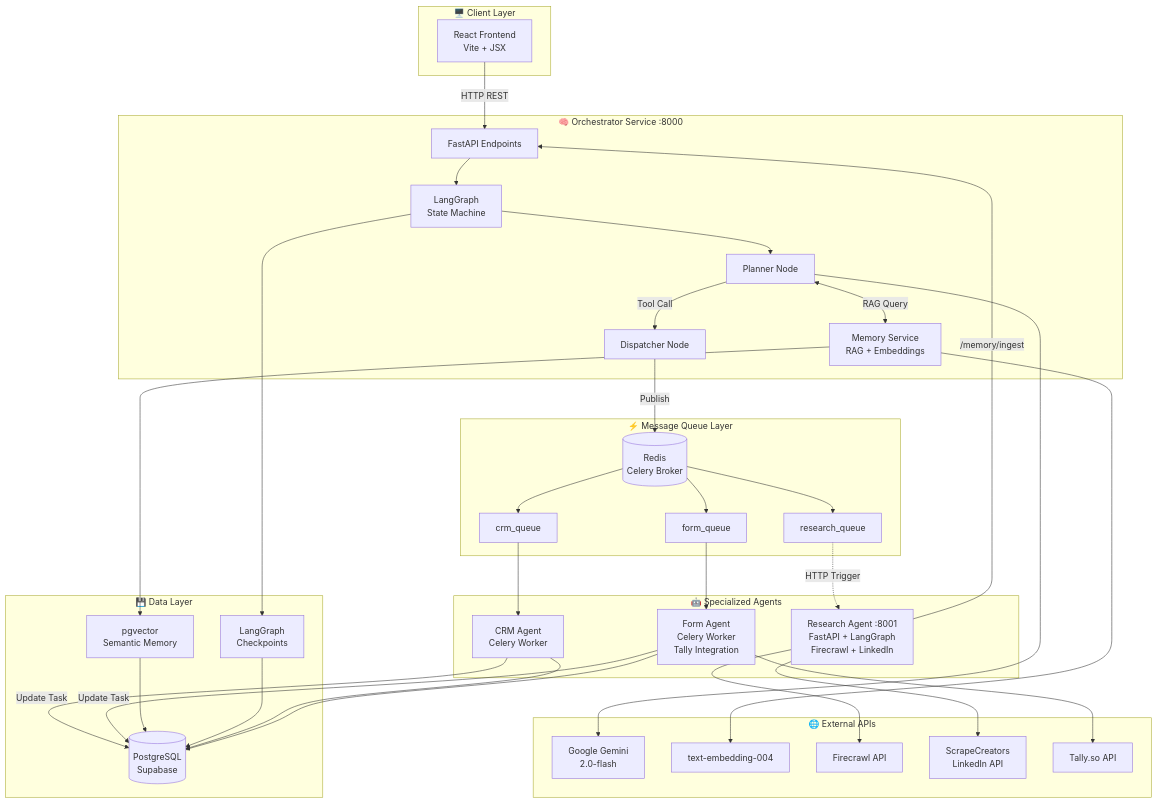
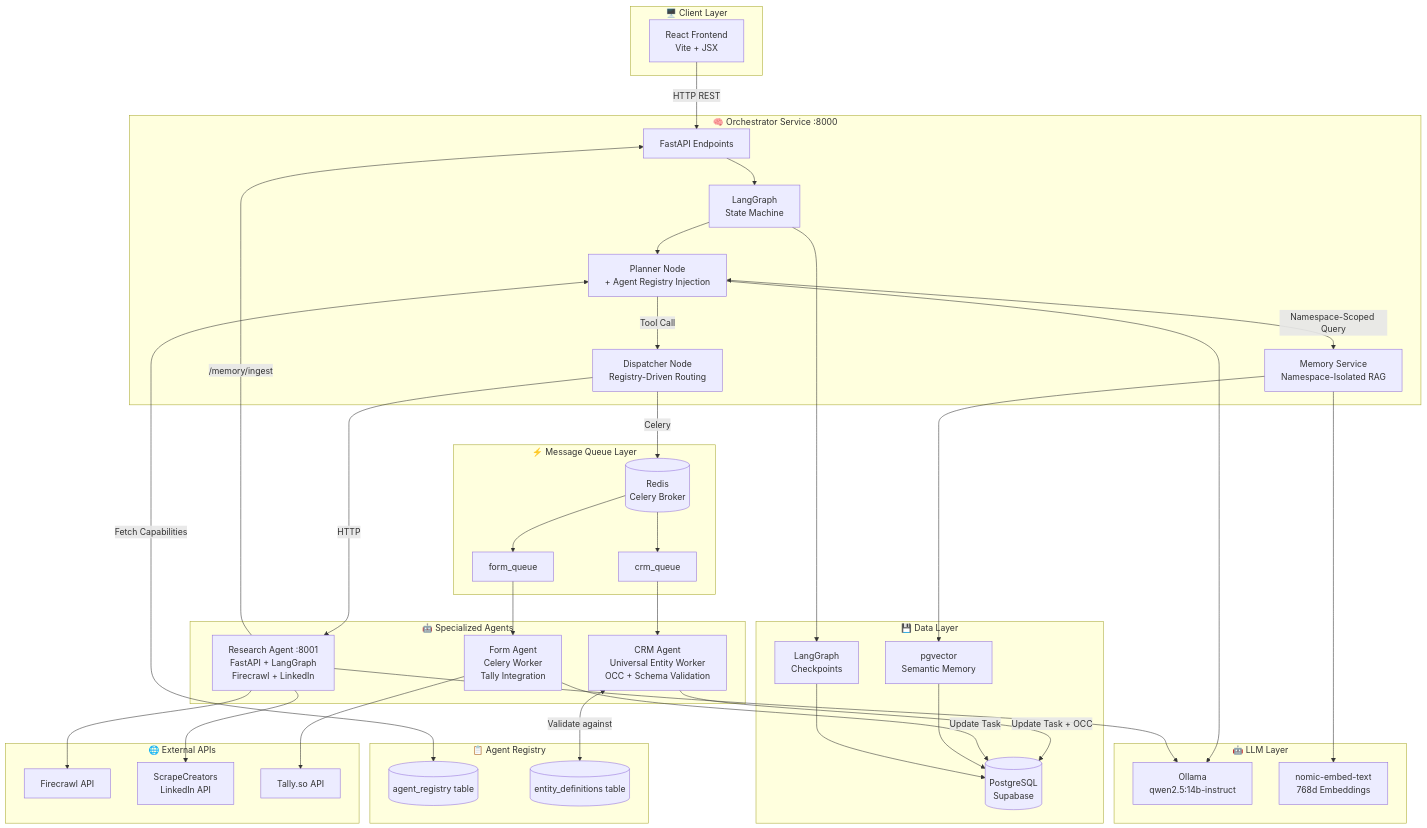
One commit to Tejachennuru/krastix changed the diagram in ARCHITECTURE.md. Above: the diagram before and after it, drawn with Mermaid. The commit also changed other lines of this file and 25 other files, not shown here.

```diff
--- a/ARCHITECTURE.md
+++ b/ARCHITECTURE.md
@@ -20,20 +20,24 @@
     subgraph BRAIN["🧠 Orchestrator Service :8000"]
         API[FastAPI Endpoints]
         GRAPH[LangGraph<br/>State Machine]
-        PLANNER[Planner Node]
-        DISPATCHER[Dispatcher Node]
-        MEMORY[Memory Service<br/>RAG + Embeddings]
+        PLANNER[Planner Node<br/>+ Agent Registry Injection]
+        DISPATCHER[Dispatcher Node<br/>Registry-Driven Routing]
+        MEMORY[Memory Service<br/>Namespace-Isolated RAG]
+    end
+
+    subgraph REGISTRY["📋 Agent Registry"]
+        AR[(agent_registry table)]
+        ED[(entity_definitions table)]
     end
 
     subgraph MQ["⚡ Message Queue Layer"]
         REDIS[(Redis<br/>Celery Broker)]
         CQ[crm_queue]
         FQ[form_queue]
-        RQ[research_queue]
     end
 
     subgraph AGENTS["🤖 Specialized Agents"]
-        CRM[CRM Agent<br/>Celery Worker]
+        CRM[CRM Agent<br/>Universal Entity Worker<br/>OCC + Schema Validation]
         FORM[Form Agent<br/>Celery Worker<br/>Tally Integration]
         RESEARCH[Research Agent :8001<br/>FastAPI + LangGraph<br/>Firecrawl + LinkedIn]
     end
@@ -44,9 +48,12 @@
         CHECKPOINTS[LangGraph<br/>Checkpoints]
     end
 
+    subgraph LLM_LAYER["🤖 LLM Layer"]
+        OLLAMA[Ollama<br/>qwen2.5:14b-instruct]
+        EMBED[nomic-embed-text<br/>768d Embeddings]
+    end
+
     subgraph EXTERNAL["🌐 External APIs"]
-        GEMINI[Google Gemini<br/>2.0-flash]
-        EMBED[text-embedding-004]
         FIRECRAWL[Firecrawl API]
         SCRAPE[ScrapeCreators<br/>LinkedIn API]
         TALLY[Tally.so API]
@@ -59,33 +66,38 @@
     API --> GRAPH
     GRAPH --> PLANNER
     PLANNER -->|Tool Call| DISPATCHER
-    PLANNER <-->|RAG Query| MEMORY
+    PLANNER <-->|Namespace-Scoped Query| MEMORY
+    PLANNER <-->|Fetch Capabilities| AR
     
-    %% Task Dispatch
-    DISPATCHER -->|Publish| REDIS
-    REDIS --> CQ & FQ & RQ
+    %% Task Dispatch (Registry-Driven)
+    DISPATCHER -->|Celery| REDIS
+    DISPATCHER -->|HTTP| RESEARCH
+    REDIS --> CQ & FQ
     
     %% Agent Consumption
     CQ --> CRM
     FQ --> FORM
-    RQ -.->|HTTP Trigger| RESEARCH
     
     %% Agent Results
-    CRM -->|Update Task| SUPABASE
+    CRM -->|Update Task + OCC| SUPABASE
     FORM -->|Update Task| SUPABASE
     RESEARCH -->|/memory/ingest| API
+    
+    %% Schema Validation
+    CRM <-->|Validate against| ED
     
     %% Data Connections
     MEMORY --> PGVECTOR
     GRAPH --> CHECKPOINTS
     PGVECTOR --> SUPABASE
     CHECKPOINTS --> SUPABASE
-    CRM --> SUPABASE
-    FORM --> SUPABASE
+    
+    %% LLM Connections
+    PLANNER --> OLLAMA
+    MEMORY --> EMBED
+    RESEARCH --> OLLAMA
     
     %% External API Connections
-    PLANNER --> GEMINI
-    MEMORY --> EMBED
     RESEARCH --> FIRECRAWL
     RESEARCH --> SCRAPE
     FORM --> TALLY
```
